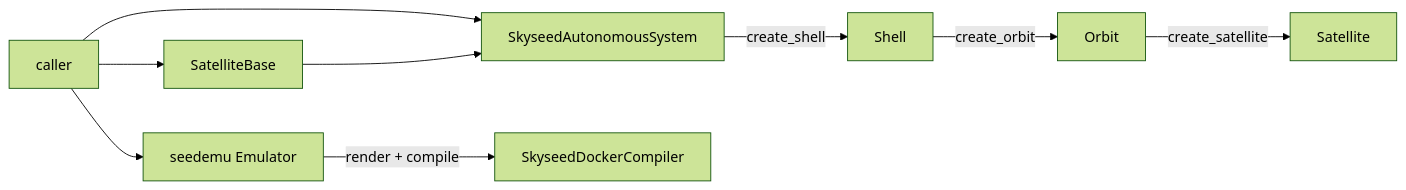
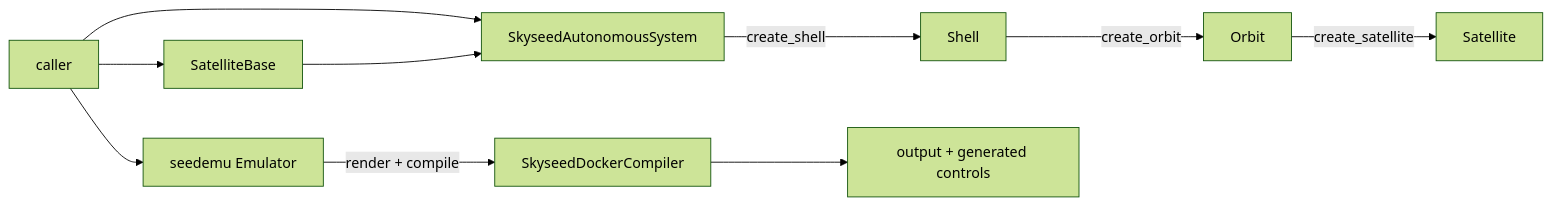
The first of 4 diagrams in skyseed_v2/docs/architecture/emulator-public-construction-api.md (seed-labs/skyseed), drawn with Mermaid (forest theme) before and after one commit. The commit also changed other lines of this file and 47 other files, not shown here.

````diff
--- a/skyseed_v2/docs/architecture/emulator-public-construction-api.md
+++ b/skyseed_v2/docs/architecture/emulator-public-construction-api.md
@@ -78,11 +88,12 @@
 ```mermaid
 flowchart LR
     U[caller] --> E[seedemu Emulator]
     U --> B[SatelliteBase]
     U --> A[SkyseedAutonomousSystem]
     B --> A
     A -->|create_shell| S[Shell]
     S -->|create_orbit| O[Orbit]
     O -->|create_satellite| T[Satellite]
     E -->|render + compile| C[SkyseedDockerCompiler]
+    C --> Q[output + generated controls]
 ```
````
